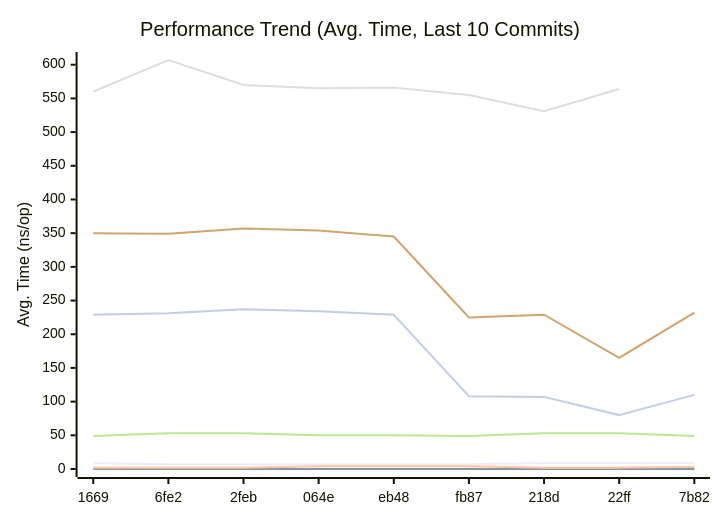
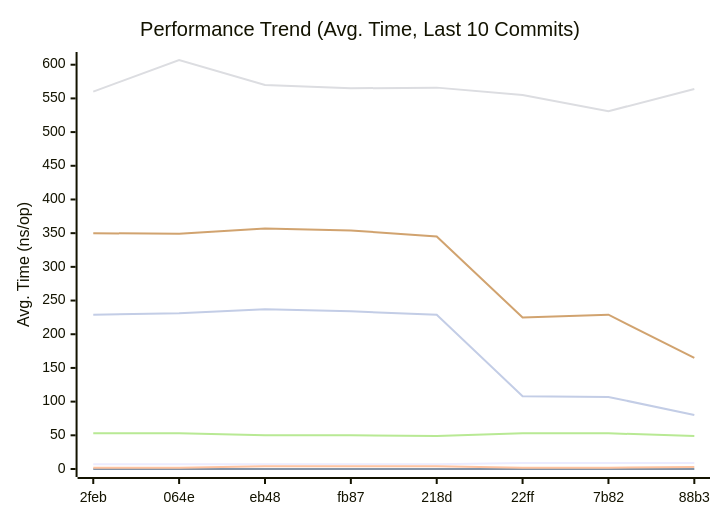
The first of 3 diagrams in doc/README.md (alsotoes/momo), drawn with Mermaid before and after one commit. The commit also changed other lines of this file and 1 other file, not shown here.

````diff
--- a/doc/README.md
+++ b/doc/README.md
@@ -296,14 +296,14 @@
 ```mermaid
 xychart-beta
     title "Performance Trend (Avg. Time, Last 10 Commits)"
     x-axis "Commit"
     y-axis "Avg. Time (ns/op)"
-    x-axis [1669,6fe2,2feb,064e,eb48,fb87,218d,22ff,7b82]
-    line "CheckMetricsAndSwap" [9,7,7,7,7,7,9,9,9,9]
+    x-axis [2feb,064e,eb48,fb87,218d,22ff,7b82,88b3]
+    line "CheckMetricsAndSwap" [7,7,7,7,7,9,9,9,9,9]
     line "IndexDirectTracking" [0,0,0,0,0,0,0,0,0,0]
-    line "IndexSearch" [2,2,2,4,4,4,2,2,3,2]
-    line "LoadGlobalConfig" [560,607,570,565,566,555,531,564]
-    line "PadString" [49,53,53,50,50,49,53,53,49,55]
+    line "IndexSearch" [2,2,4,4,4,2,2,3,2,3]
+    line "LoadGlobalConfig" [560,607,570,565,566,555,531,564,530]
+    line "PadString" [53,53,50,50,49,53,53,49,55,50]
     line "ParseReplicationOrder_NoPrealloc" [350,349,357,354,345,225,229,165,232,234]
     line "ParseReplicationOrder_Prealloc" [229,231,237,234,229,108,107,80,110,109]
 ```
````
